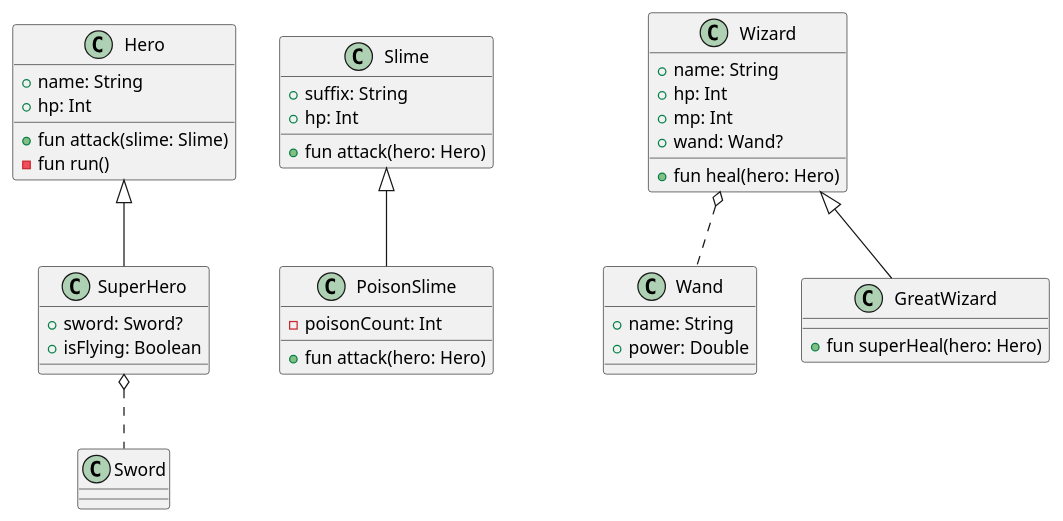
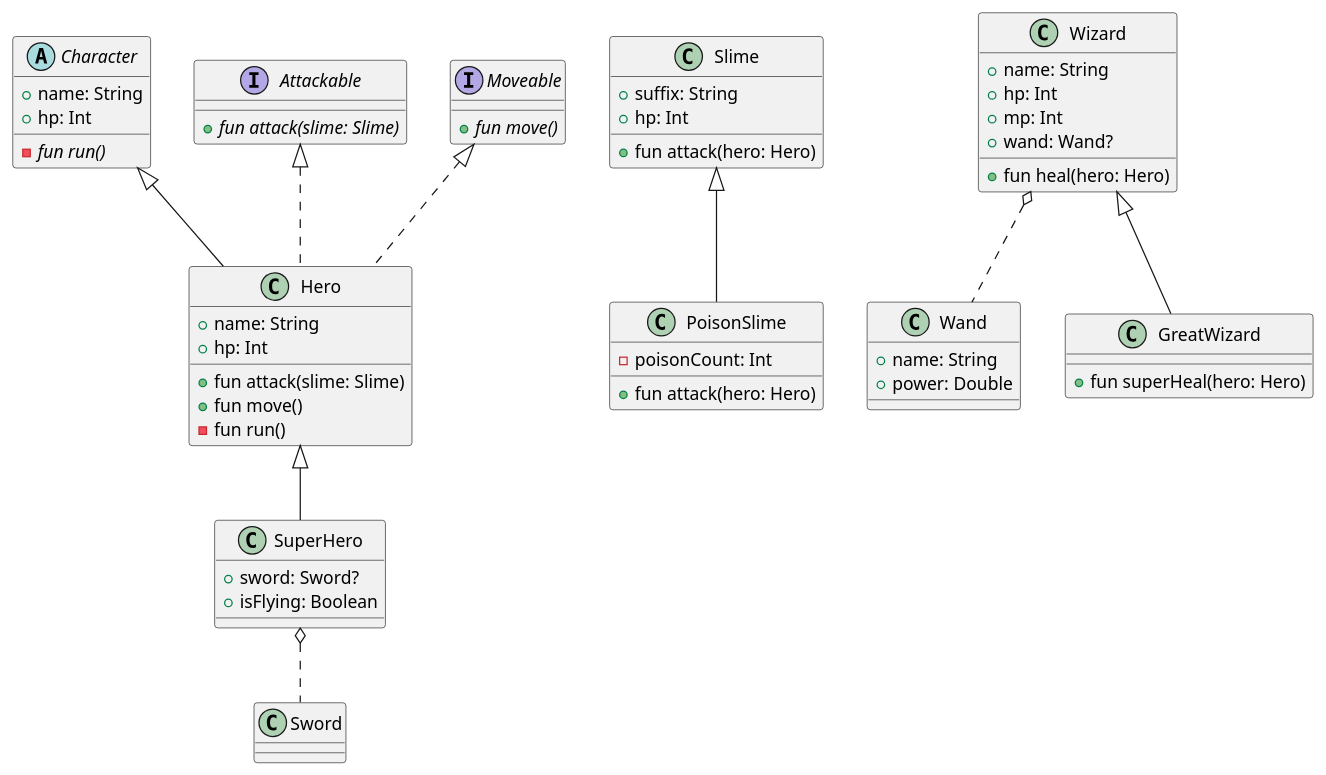
The diagram in docs/game.puml (SurvivalCodingCampus/gangnam2_kotlin_study), drawn with PlantUML before and after one commit.

Commit message:
Docs: UML 추상클래스, 인터페이스 문법

```diff
--- a/docs/game.puml
+++ b/docs/game.puml
@@ -1,52 +1,67 @@
 @startuml
+abstract class Character {
+    + name: String
+    + hp: Int
 
-class Hero {
+    - {abstract} fun run()
+}
+
+interface Attackable {
+    + {abstract} fun attack(slime: Slime)
+}
+
+interface Moveable {
+    + {abstract} fun move()
+}
+
+class Hero extends Character implements Attackable, Moveable {
     + name: String
     + hp: Int
 
     + fun attack(slime: Slime)
+    + fun move()
     - fun run()
 }
 
 class SuperHero extends Hero {
     + sword: Sword?
     + isFlying: Boolean
 }
 
 class Sword {
 
 }
 
 SuperHero o.. Sword
 
 class Slime {
     + suffix: String
     + hp: Int
     + fun attack(hero: Hero)
 }
 
 class PoisonSlime extends Slime {
     - poisonCount: Int
     + fun attack(hero: Hero)
 }
 
 class Wand {
     + name: String
     + power: Double
 }
 
 class Wizard {
     + name: String
     + hp: Int
     + mp: Int
     + wand: Wand?
     + fun heal(hero: Hero)
 }
 
 class GreatWizard extends Wizard {
     + fun superHeal(hero: Hero)
 }
 
 Wizard o.. Wand
 
 @enduml
```
